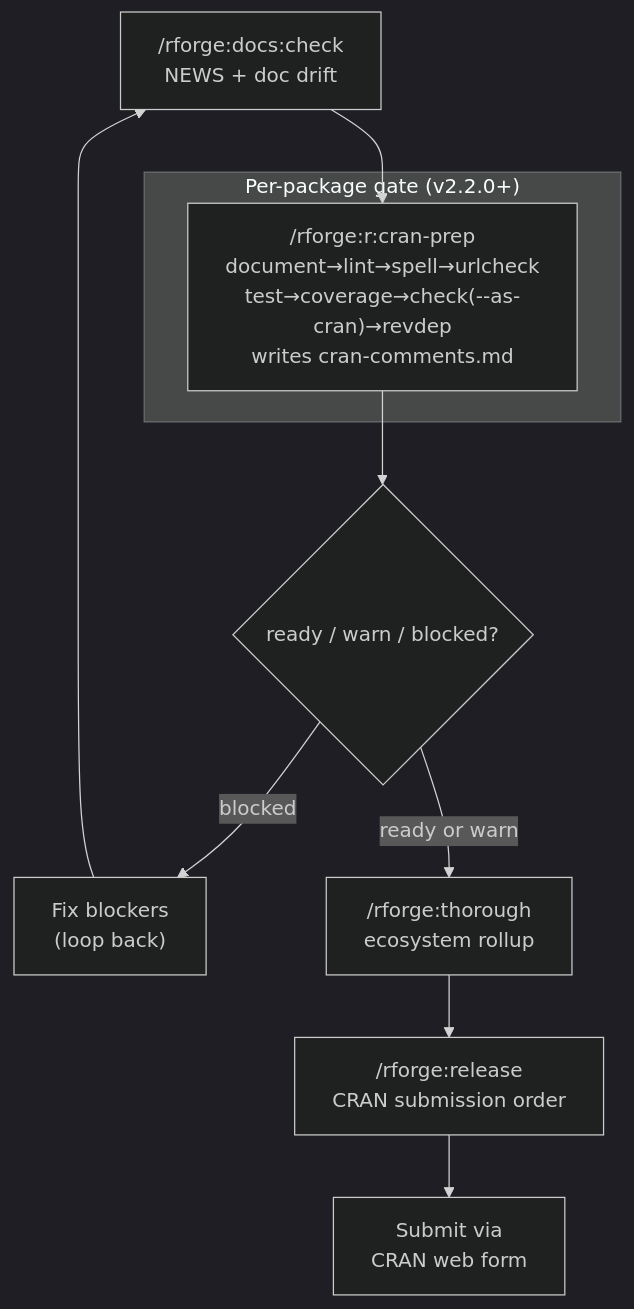
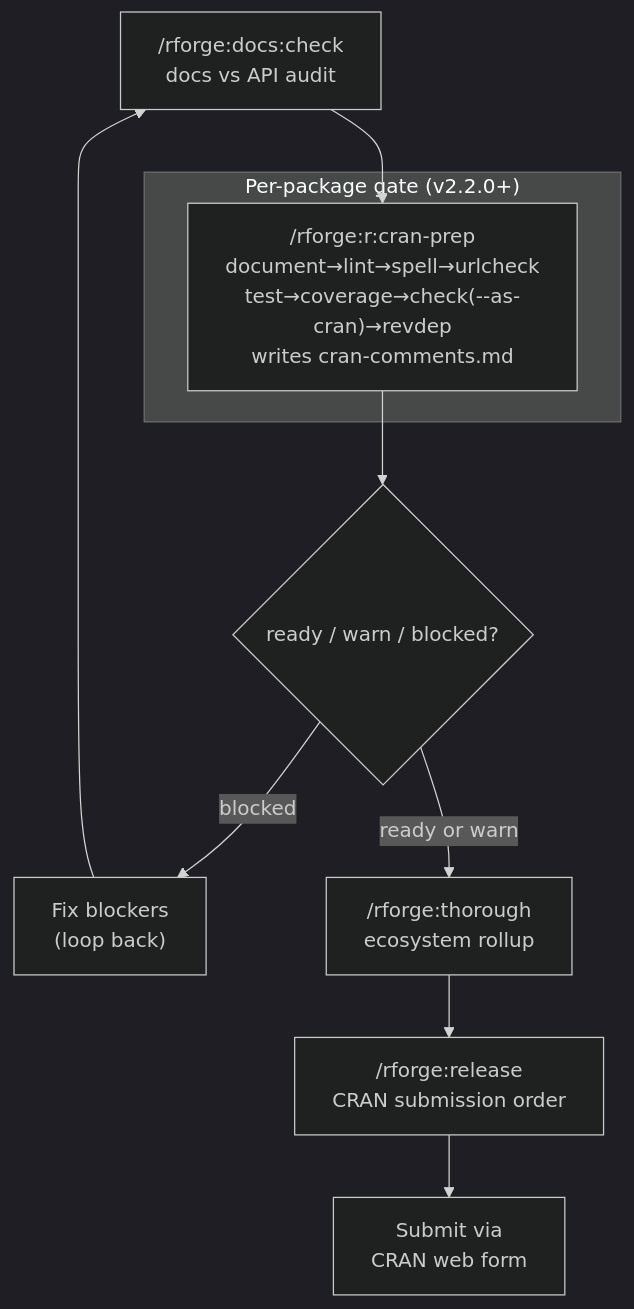
The diagram in docs/tutorials/cran-release-prep.md (Data-Wise/rforge), drawn with Mermaid (dark theme) before and after one commit. The commit also changed other lines of this file and 62 other files, not shown here.

First line of the commit message:
feat(docs:check): static docs-content audit (lib.docaudit), release A1 (#88)

````diff
--- a/docs/tutorials/cran-release-prep.md
+++ b/docs/tutorials/cran-release-prep.md
@@ -26,15 +26,15 @@
 ```mermaid
 flowchart TD
-    A["/rforge:docs:check<br/>NEWS + doc drift"] --> B
+    A["/rforge:docs:check<br/>docs vs API audit"] --> B
 
     subgraph "Per-package gate (v2.2.0+)"
         B["/rforge:r:cran-prep<br/>document→lint→spell→urlcheck<br/>test→coverage→check(--as-cran)→revdep<br/>writes cran-comments.md"]
     end
 
     B --> C{"ready / warn / blocked?"}
     C -- "blocked" --> D["Fix blockers<br/>(loop back)"]
     D --> A
     C -- "ready or warn" --> E["/rforge:thorough<br/>ecosystem rollup"]
     E --> F["/rforge:release<br/>CRAN submission order"]
     F --> G["Submit via<br/>CRAN web form"]
 ```
````
